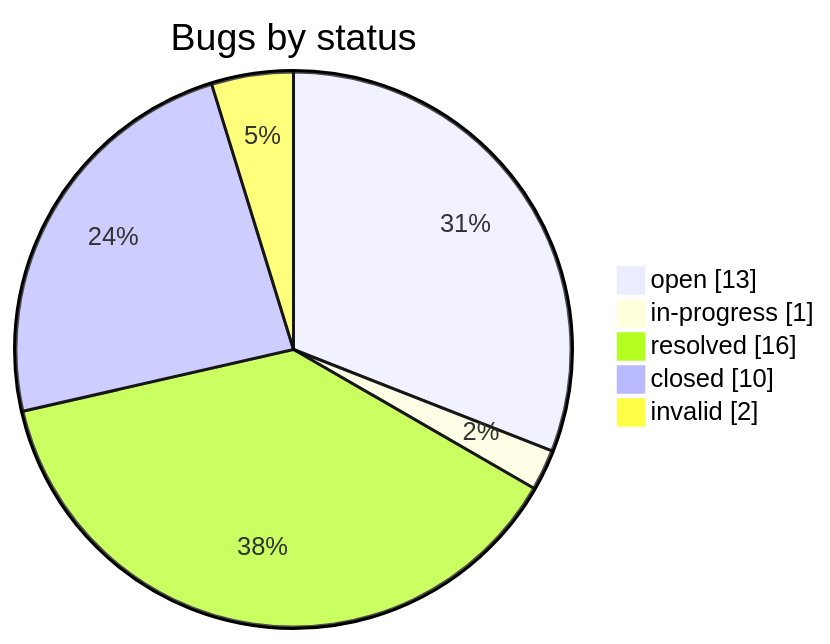
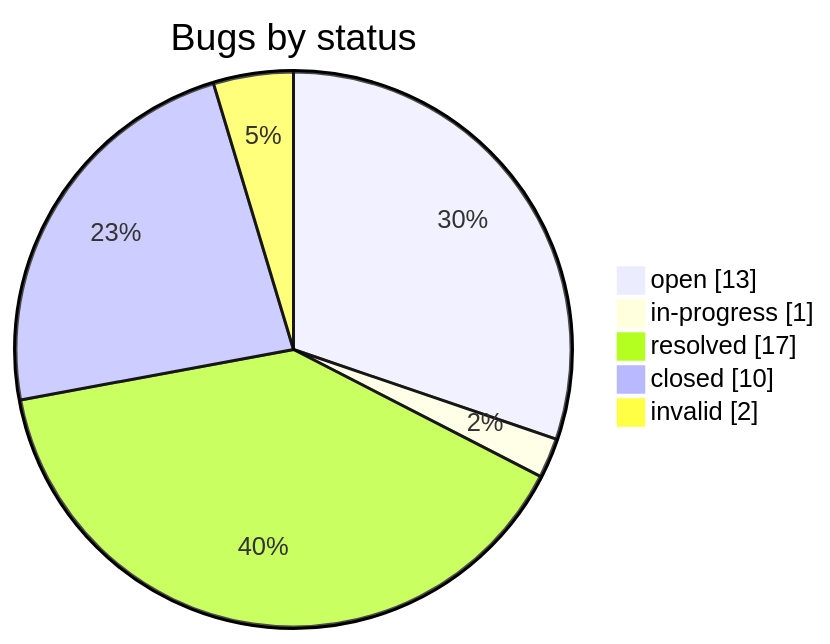
Before and after one commit to iammaxsu/automatic-testing-architecture: the second of 2 diagrams in STATUS.md, drawn with Mermaid. The commit also changed other lines of this file and 4 other files, not shown here.

````diff
--- a/STATUS.md
+++ b/STATUS.md
@@ -165,8 +165,8 @@
 ```mermaid
 pie showData title Bugs by status
     "open" : 13
     "in-progress" : 1
-    "resolved" : 16
+    "resolved" : 17
     "closed" : 10
     "invalid" : 2
 ```
````
